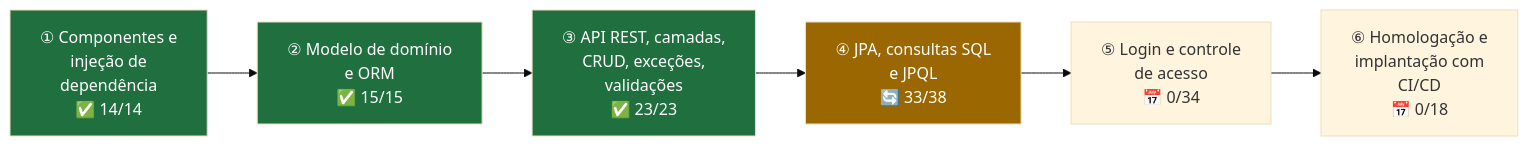
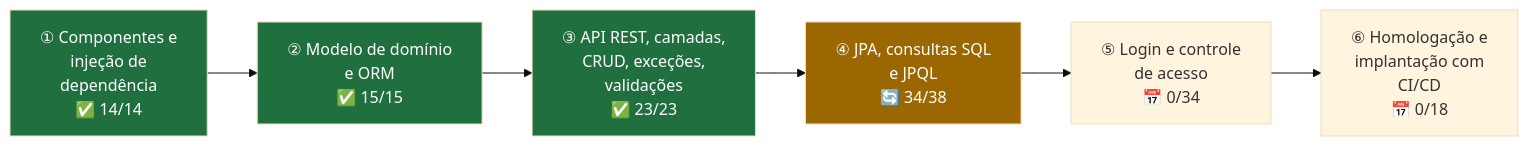
Diagram 21 of 23 in README.md (k3vinrich4rd/k3vinrich4rd), drawn with Mermaid (base theme) before and after one commit. The commit also changed other lines of this file and 3 other files, not shown here.

````diff
--- a/README.md
+++ b/README.md
@@ -2778,8 +2778,8 @@
 ```mermaid
 flowchart LR
-    C1["① Componentes e<br/>injeção de<br/>dependência<br/>✅ 14/14"] --> C2["② Modelo de domínio<br/>e ORM<br/>✅ 15/15"] --> C3["③ API REST, camadas,<br/>CRUD, exceções,<br/>validações<br/>✅ 23/23"] --> C4["④ JPA, consultas SQL<br/>e JPQL<br/>🔄 33/38"] --> C5["⑤ Login e controle<br/>de acesso<br/>📅 0/34"] --> C6["⑥ Homologação e<br/>implantação com<br/>CI/CD<br/>📅 0/18"]
+    C1["① Componentes e<br/>injeção de<br/>dependência<br/>✅ 14/14"] --> C2["② Modelo de domínio<br/>e ORM<br/>✅ 15/15"] --> C3["③ API REST, camadas,<br/>CRUD, exceções,<br/>validações<br/>✅ 23/23"] --> C4["④ JPA, consultas SQL<br/>e JPQL<br/>🔄 34/38"] --> C5["⑤ Login e controle<br/>de acesso<br/>📅 0/34"] --> C6["⑥ Homologação e<br/>implantação com<br/>CI/CD<br/>📅 0/18"]
     style C1 fill:#1f6f3f,color:#fff
     style C2 fill:#1f6f3f,color:#fff
     style C3 fill:#1f6f3f,color:#fff
     style C4 fill:#9a6700,color:#fff
 ```
````
